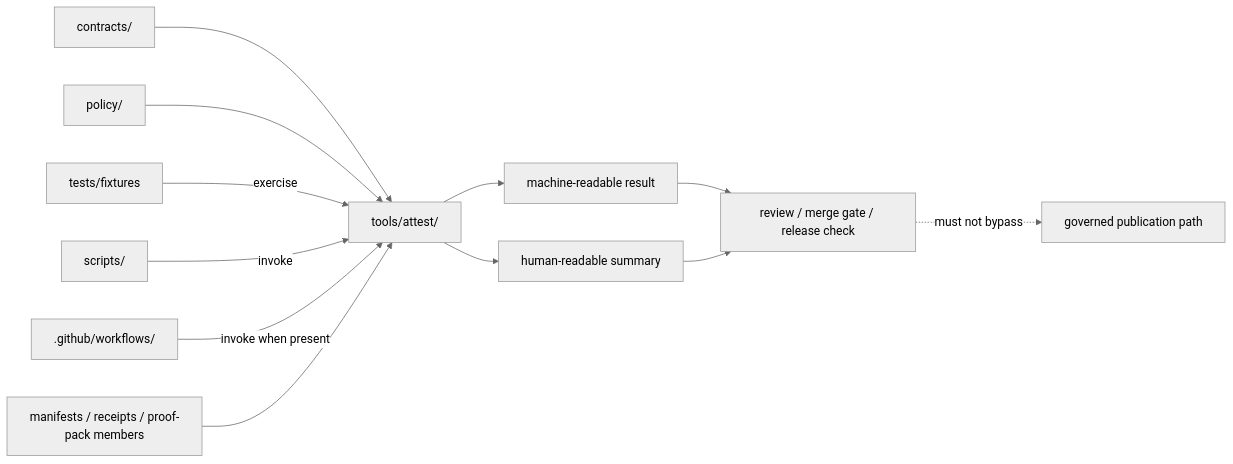
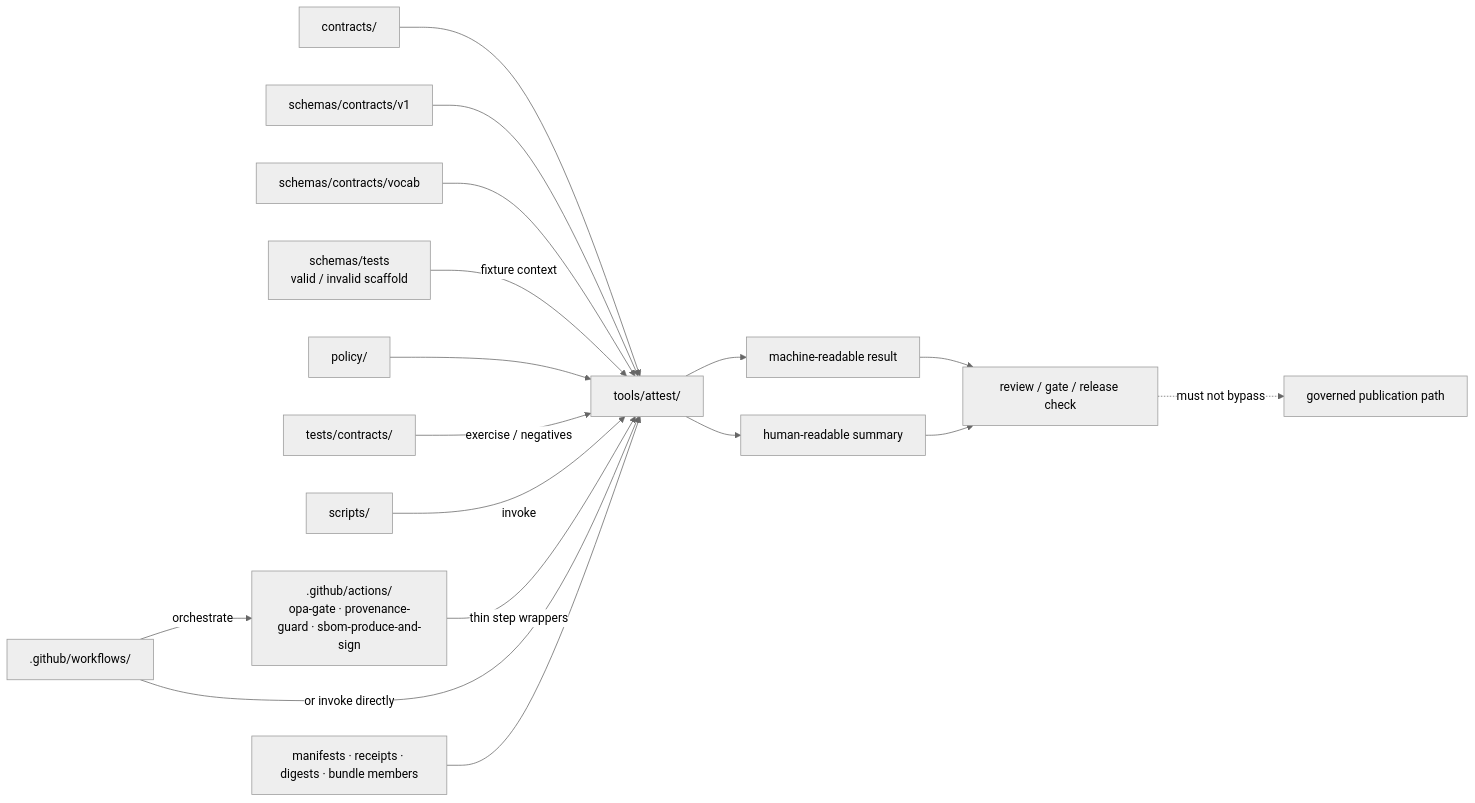
The diagram in tools/attest/README.md (bartytime4life/Kansas-Frontier-Matrix), drawn with Mermaid (neutral theme) before and after one commit. The commit also changed other lines of this file, not shown here.

First line of the commit message:
Revise README.md for tools/attest with clearer guidelines

````diff
--- a/tools/attest/README.md
+++ b/tools/attest/README.md
@@ -371,28 +446,38 @@
 ```mermaid
 flowchart LR
   C[contracts/]
+  SC[schemas/contracts/v1]
+  SV[schemas/contracts/vocab]
+  ST[schemas/tests<br/>valid / invalid scaffold]
   P[policy/]
-  T[tests/fixtures]
+  TC[tests/contracts/]
   S[scripts/]
+  A[.github/actions/<br/>opa-gate · provenance-guard · sbom-produce-and-sign]
   W[.github/workflows/]
-  D[manifests / receipts / proof-pack members]
-  A[tools/attest/]
+  D[manifests · receipts · digests · bundle members]
+  T[tools/attest/]
 
   R[machine-readable result]
   H[human-readable summary]
-  G[review / merge gate / release check]
+  G[review / gate / release check]
+  U[governed publication path]
 
-  C --> A
-  P --> A
-  T -->|exercise| A
-  S -->|invoke| A
-  W -->|invoke when present| A
-  D --> A
+  C --> T
+  SC --> T
+  SV --> T
+  ST -->|fixture context| T
+  P --> T
+  TC -->|exercise / negatives| T
+  S -->|invoke| T
+  A -->|thin step wrappers| T
+  W -->|orchestrate| A
+  W -->|or invoke directly| T
+  D --> T
 
-  A --> R
-  A --> H
+  T --> R
+  T --> H
   R --> G
   H --> G
 
-  G -. must not bypass .-> U[governed publication path]
+  G -. must not bypass .-> U
 ```
````
